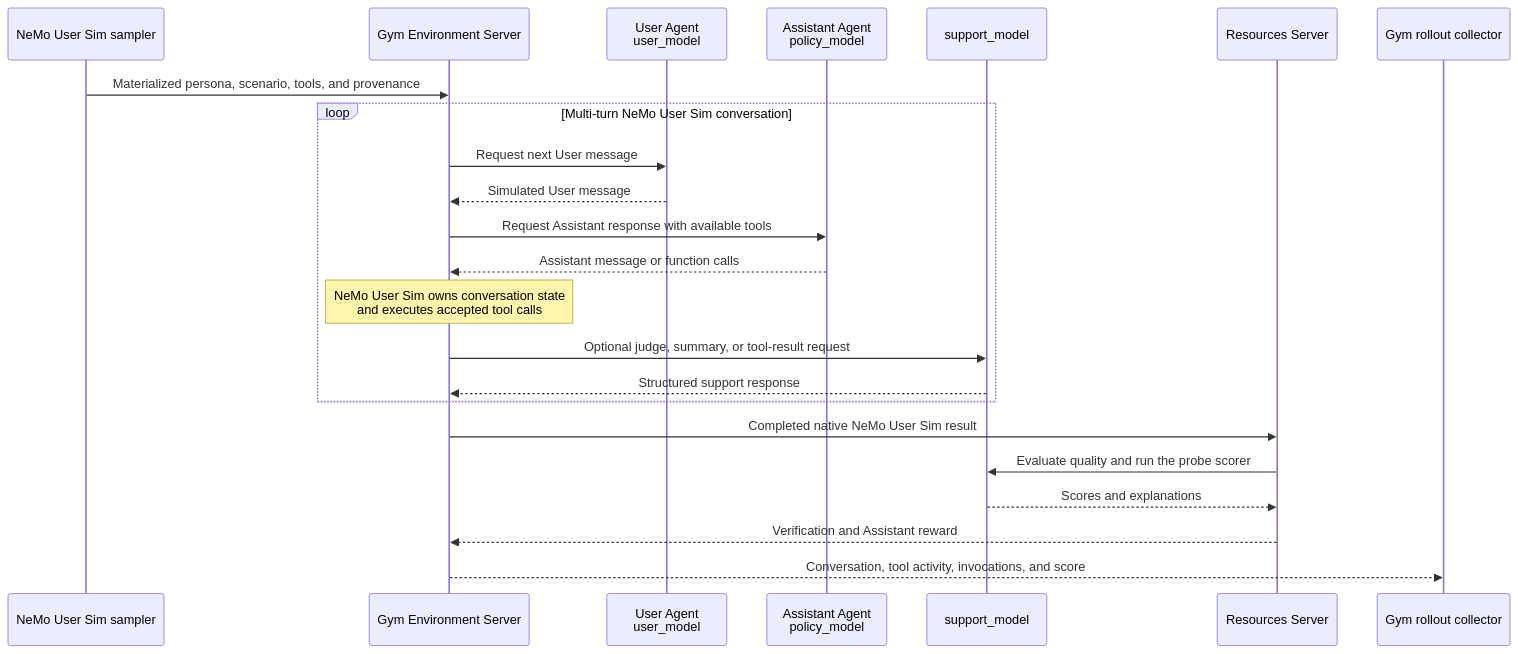
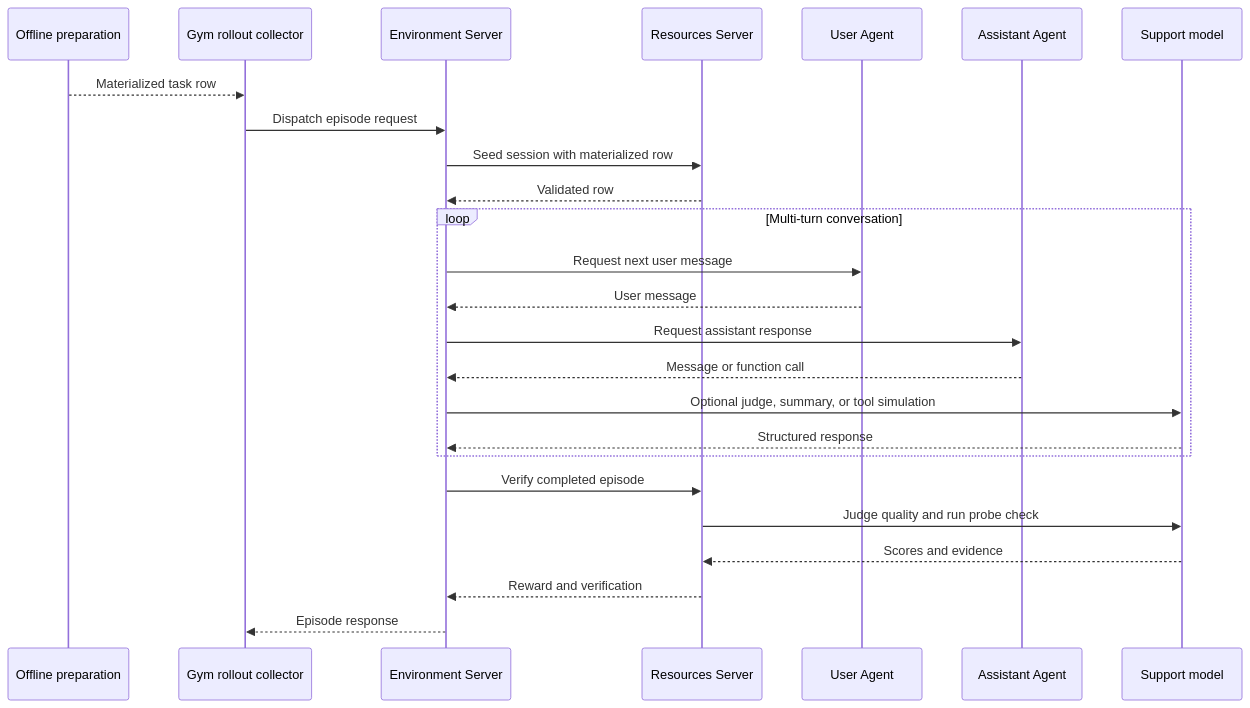
Before and after one commit to kashif/nemo-gym: the diagram in fern/versions/latest/pages/evaluation-tutorials/usersim-rollout-collection.mdx, drawn with Mermaid. The commit also changed other lines of this file and 8 other files, not shown here.

````diff
--- a/fern/versions/latest/pages/evaluation-tutorials/usersim-rollout-collection.mdx
+++ b/fern/versions/latest/pages/evaluation-tutorials/usersim-rollout-collection.mdx
@@ -24,26 +24,28 @@
 ```mermaid
 sequenceDiagram
-    participant P as NeMo User Sim sampler
-    participant E as Gym Environment Server
-    participant U as User Agent<br/>user_model
-    participant A as Assistant Agent<br/>policy_model
-    participant S as support_model
+    participant P as Offline preparation
+    participant C as Gym rollout collector
+    participant E as Environment Server
     participant R as Resources Server
-    participant C as Gym rollout collector
+    participant U as User Agent
+    participant A as Assistant Agent
+    participant S as Support model
 
-    P->>E: Materialized persona, scenario, tools, and provenance
-    loop Multi-turn NeMo User Sim conversation
-        E->>U: Request next User message
-        U-->>E: Simulated User message
-        E->>A: Request Assistant response with available tools
-        A-->>E: Assistant message or function calls
-        Note over E: NeMo User Sim owns conversation state<br/>and executes accepted tool calls
-        E->>S: Optional judge, summary, or tool-result request
-        S-->>E: Structured support response
+    P-->>C: Materialized task row
+    C->>E: Dispatch episode request
+    E->>R: Seed session with materialized row
+    R-->>E: Validated row
+    loop Multi-turn conversation
+        E->>U: Request next user message
+        U-->>E: User message
+        E->>A: Request assistant response
+        A-->>E: Message or function call
+        E->>S: Optional judge, summary, or tool simulation
+        S-->>E: Structured response
     end
-    E->>R: Completed native NeMo User Sim result
-    R->>S: Evaluate quality and run the probe scorer
-    S-->>R: Scores and explanations
-    R-->>E: Verification and Assistant reward
-    E-->>C: Conversation, tool activity, invocations, and score
+    E->>R: Verify completed episode
+    R->>S: Judge quality and run probe check
+    S-->>R: Scores and evidence
+    R-->>E: Reward and verification
+    E-->>C: Episode response
 ```
````
